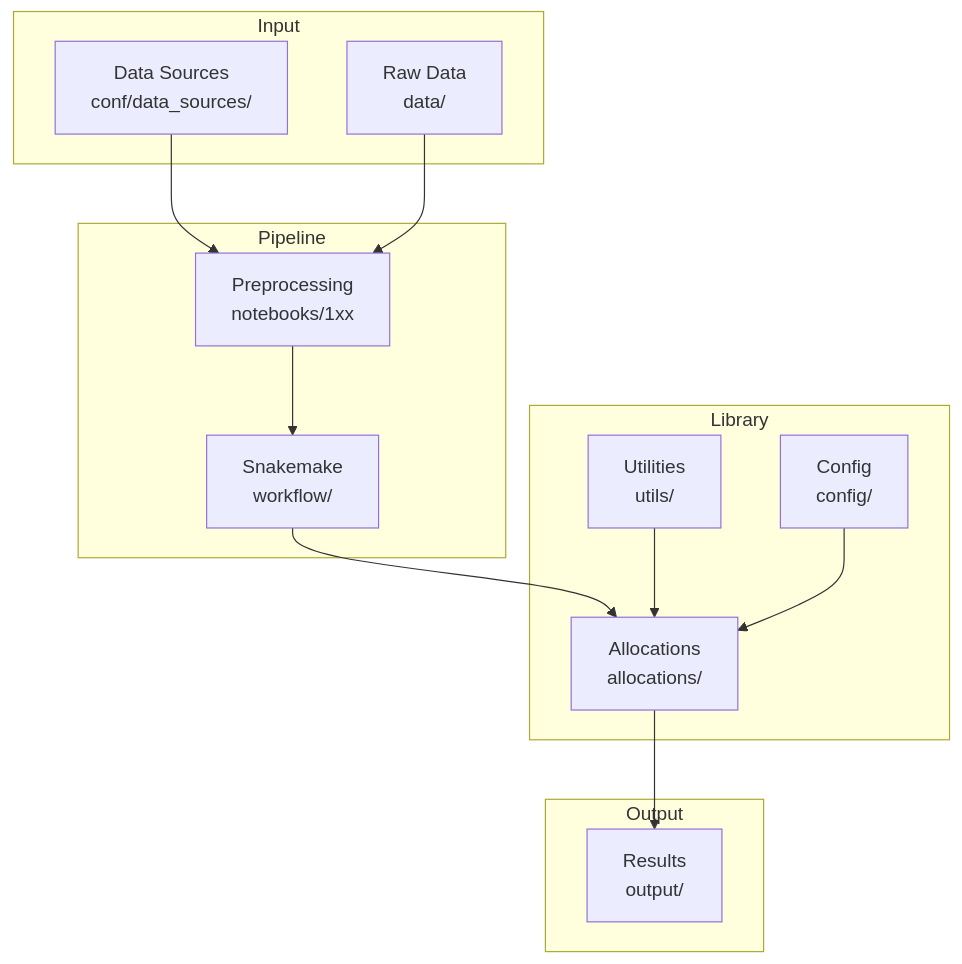
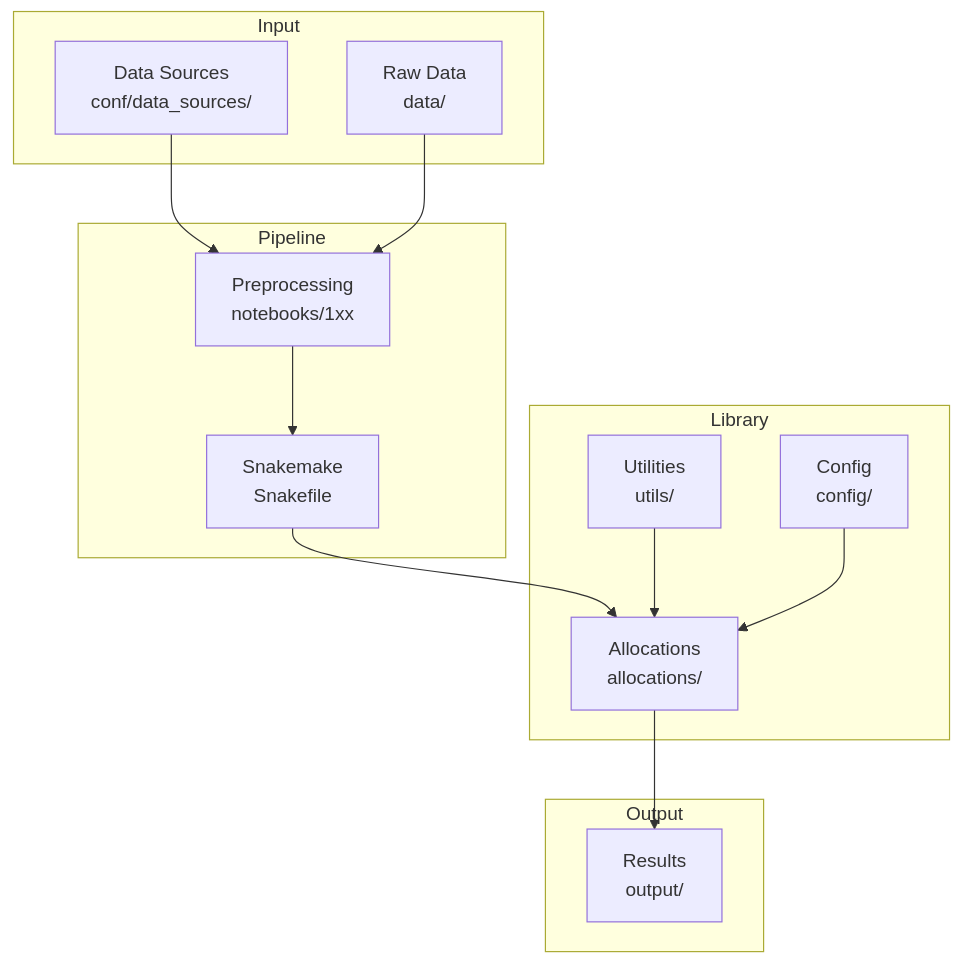
The diagram in docs/dev-guide/index.md (dandrini/fair-shares), drawn with Mermaid before and after one commit. The commit also changed other lines of this file and 88 other files, not shown here.

````diff
--- a/docs/dev-guide/index.md
+++ b/docs/dev-guide/index.md
@@ -15,30 +17,30 @@
 ```mermaid
 graph TB
     subgraph Input
         DS[Data Sources<br/>conf/data_sources/]
         RAW[Raw Data<br/>data/]
     end
 
     subgraph Pipeline
         PP[Preprocessing<br/>notebooks/1xx]
-        SM[Snakemake<br/>workflow/]
+        SM[Snakemake<br/>Snakefile]
     end
 
     subgraph Library
         AL[Allocations<br/>allocations/]
         UT[Utilities<br/>utils/]
         CF[Config<br/>config/]
     end
 
     subgraph Output
         RES[Results<br/>output/]
     end
 
     DS --> PP
     RAW --> PP
     PP --> SM
     SM --> AL
     AL --> RES
     UT --> AL
     CF --> AL
 ```
````
